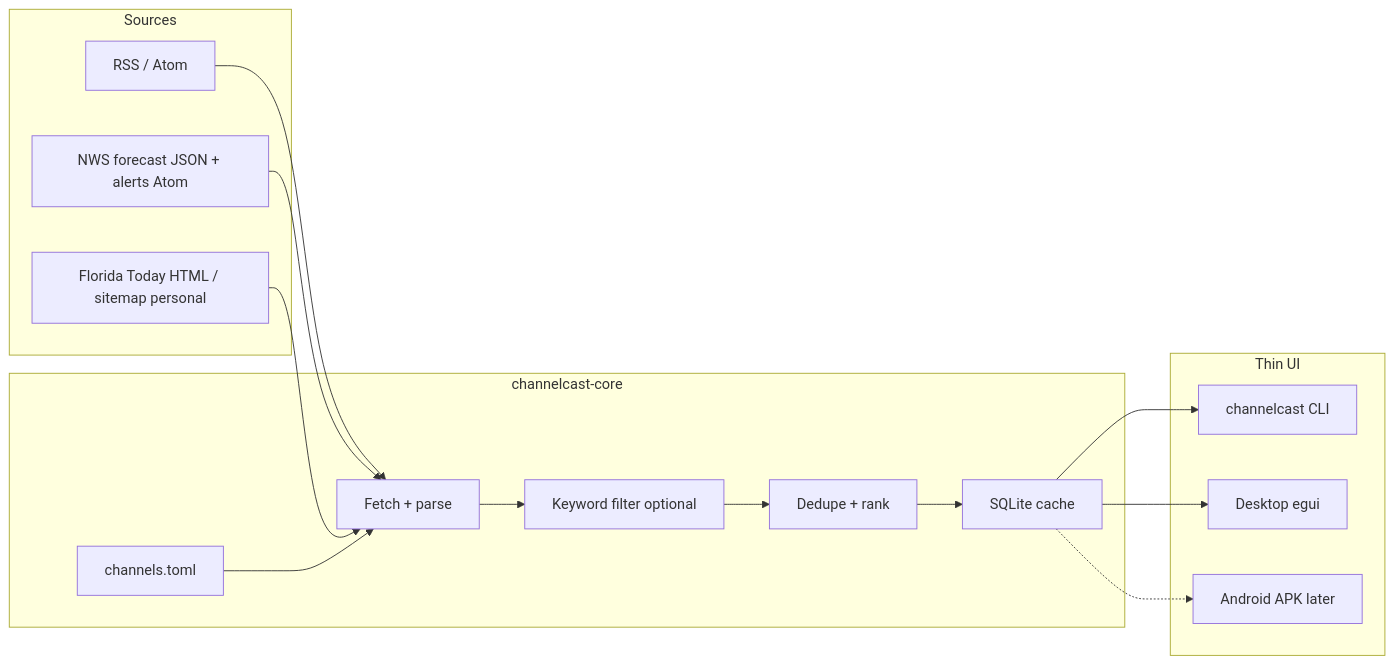
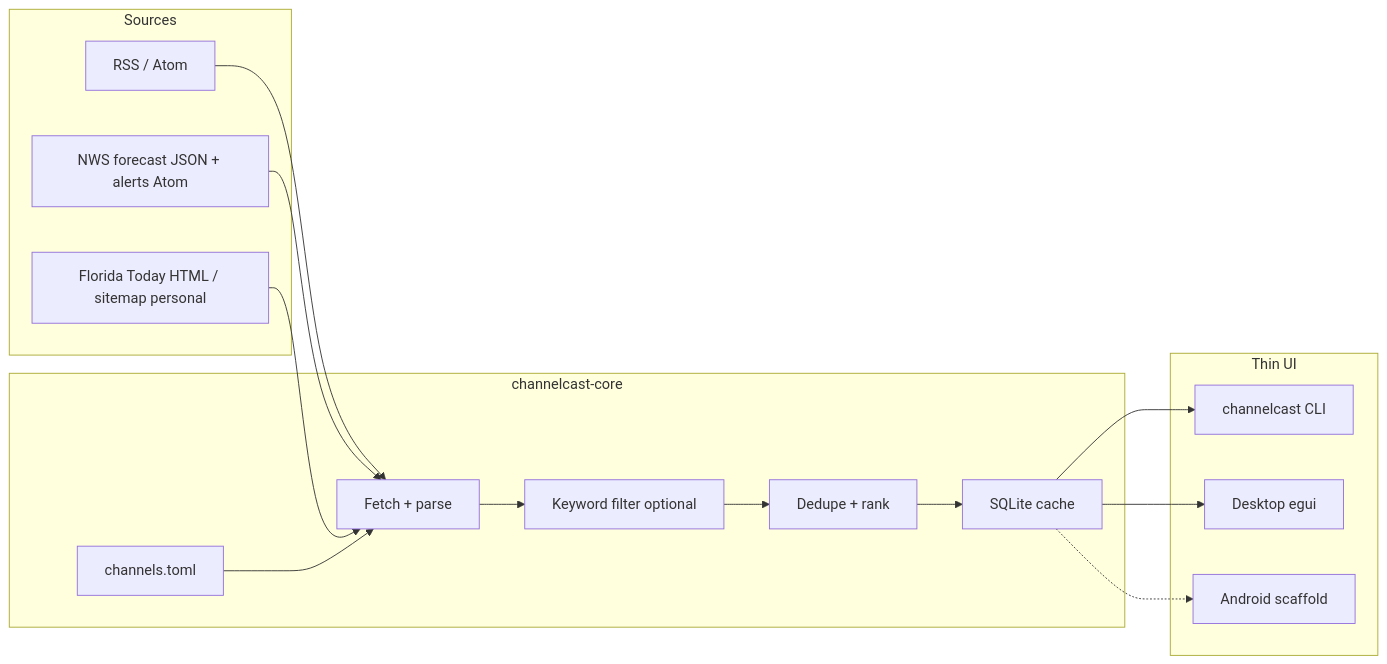
The diagram in README.md (cruiseliner/channelcast), drawn with Mermaid before and after one commit. The commit also changed other lines of this file and 23 other files, not shown here.

First line of the commit message:
Add Android scaffold: mobile + tv flavors, stub UI, docs

````diff
--- a/README.md
+++ b/README.md
@@ -25,27 +25,27 @@
 ```mermaid
 flowchart LR
   subgraph sources [Sources]
     RSS[RSS / Atom]
     NWS[NWS forecast JSON + alerts Atom]
     FT[Florida Today HTML / sitemap personal]
   end
   subgraph core [channelcast-core]
     Cfg[channels.toml]
     Fetch[Fetch + parse]
     Kw[Keyword filter optional]
     Rank[Dedupe + rank]
     Store[SQLite cache]
   end
   subgraph ui [Thin UI]
     CLI[channelcast CLI]
     Desk[Desktop egui]
-    And[Android APK later]
+    And[Android scaffold]
   end
   RSS --> Fetch
   NWS --> Fetch
   FT --> Fetch
   Cfg --> Fetch --> Kw --> Rank --> Store
   Store --> CLI
   Store --> Desk
   Store -.-> And
 ```
````
